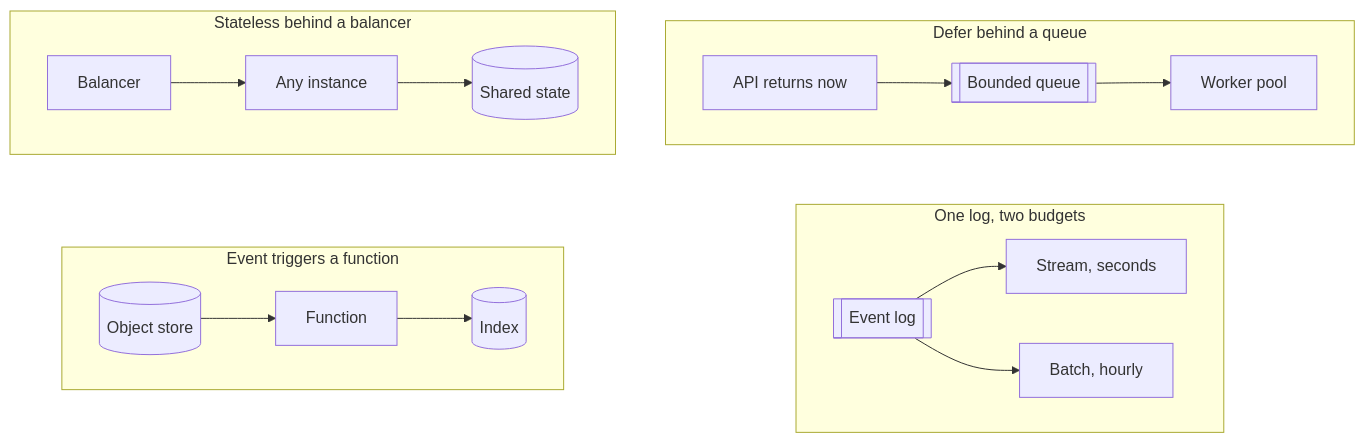
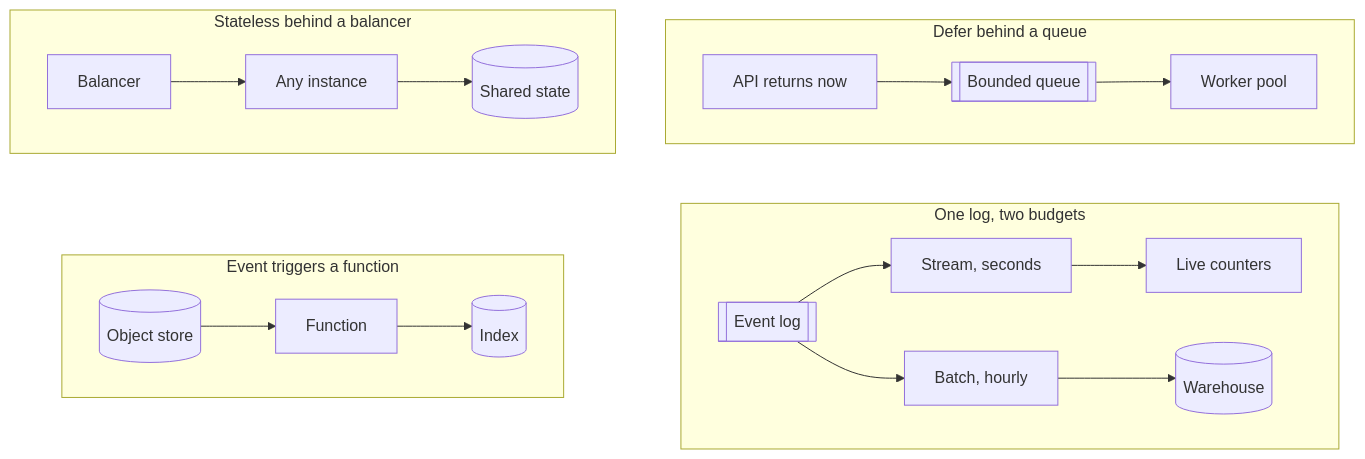
One commit to Laticent/lattice changed the eighth of 19 diagrams in examples/system-design-foundations.md. Above: the diagram before and after it, drawn with Mermaid. The commit also changed other lines of this file and 1 other file, not shown here.

````diff
--- a/examples/system-design-foundations.md
+++ b/examples/system-design-foundations.md
@@ -1155,22 +1155,22 @@
 ```mermaid
 flowchart TB
   subgraph b["Defer behind a queue"]
     direction LR
     B1["API returns now"] --> B2[["Bounded queue"]] --> B3["Worker pool"]
   end
   subgraph a["Stateless behind a balancer"]
     direction LR
     A1["Balancer"] --> A2["Any instance"] --> A3[("Shared state")]
   end
   subgraph d["One log, two budgets"]
     direction LR
-    D1[["Event log"]] --> D2["Stream, seconds"]
-    D1 --> D3["Batch, hourly"]
+    D1[["Event log"]] --> D2["Stream, seconds"] --> D4["Live counters"]
+    D1 --> D3["Batch, hourly"] --> D5[("Warehouse")]
   end
   subgraph c["Event triggers a function"]
     direction LR
     C1[("Object store")] --> C2["Function"] --> C3[("Index")]
   end
   a ~~~ c
   b ~~~ d
 ```
````
